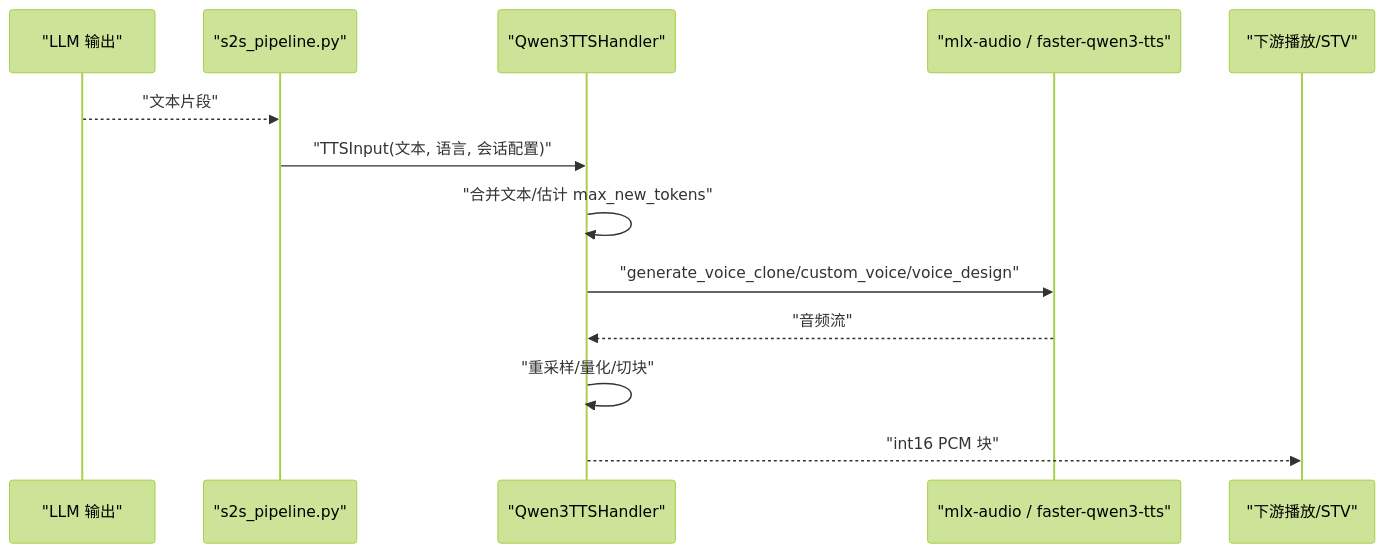
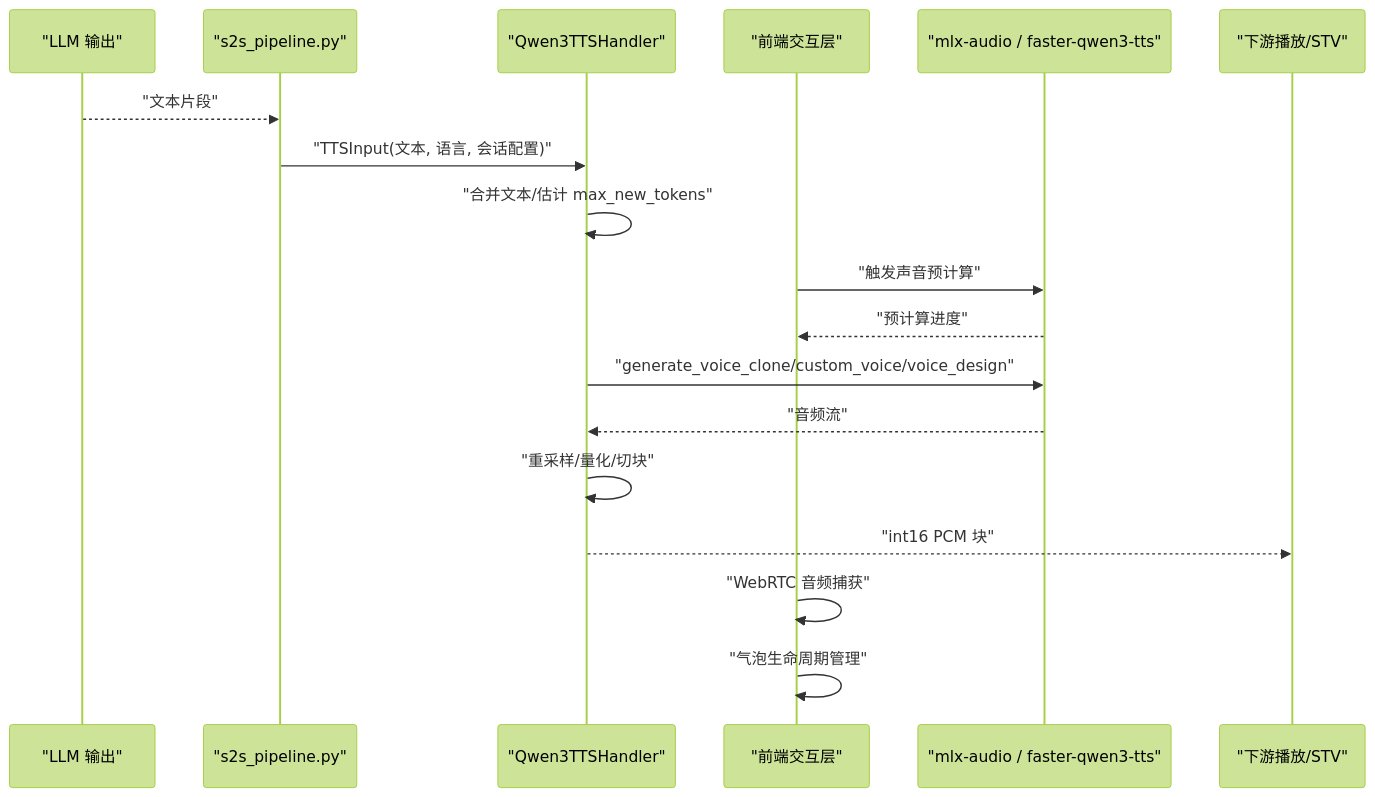
One commit to joezxh/speech-to-speech changed the second of 13 diagrams in .qoder/repowiki/zh/content/文字转语音 (TTS)/Qwen3-TTS 引擎.md. Above: the diagram before and after it, drawn with Mermaid (forest theme). The commit also changed other lines of this file and 1743 other files, not shown here.

````diff
--- a/.qoder/repowiki/zh/content/文字转语音 (TTS)/Qwen3-TTS 引擎.md
+++ b/.qoder/repowiki/zh/content/文字转语音 (TTS)/Qwen3-TTS 引擎.md
@@ -98,15 +140,21 @@
 ```mermaid
 sequenceDiagram
 participant LLM as "LLM 输出"
 participant Pipeline as "s2s_pipeline.py"
 participant TTS as "Qwen3TTSHandler"
+participant Frontend as "前端交互层"
+participant Backend as "声音预计算"
 participant Backend as "mlx-audio / faster-qwen3-tts"
 participant Downstream as "下游播放/STV"
 LLM-->>Pipeline : "文本片段"
 Pipeline->>TTS : "TTSInput(文本, 语言, 会话配置)"
 TTS->>TTS : "合并文本/估计 max_new_tokens"
+Frontend->>Backend : "触发声音预计算"
+Backend-->>Frontend : "预计算进度"
 TTS->>Backend : "generate_voice_clone/custom_voice/voice_design"
 Backend-->>TTS : "音频流"
 TTS->>TTS : "重采样/量化/切块"
 TTS-->>Downstream : "int16 PCM 块"
+Frontend->>Frontend : "WebRTC 音频捕获"
+Frontend->>Frontend : "气泡生命周期管理"
 ```
````
